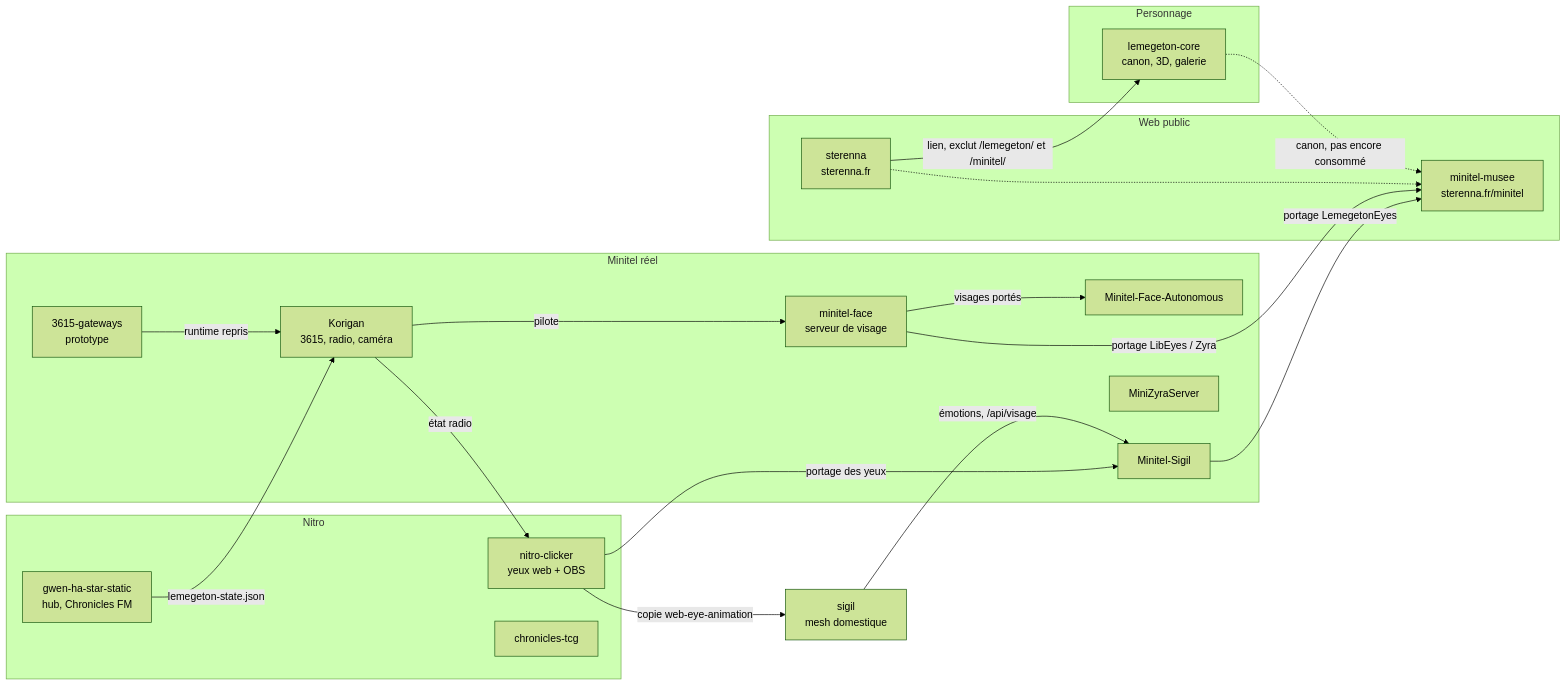
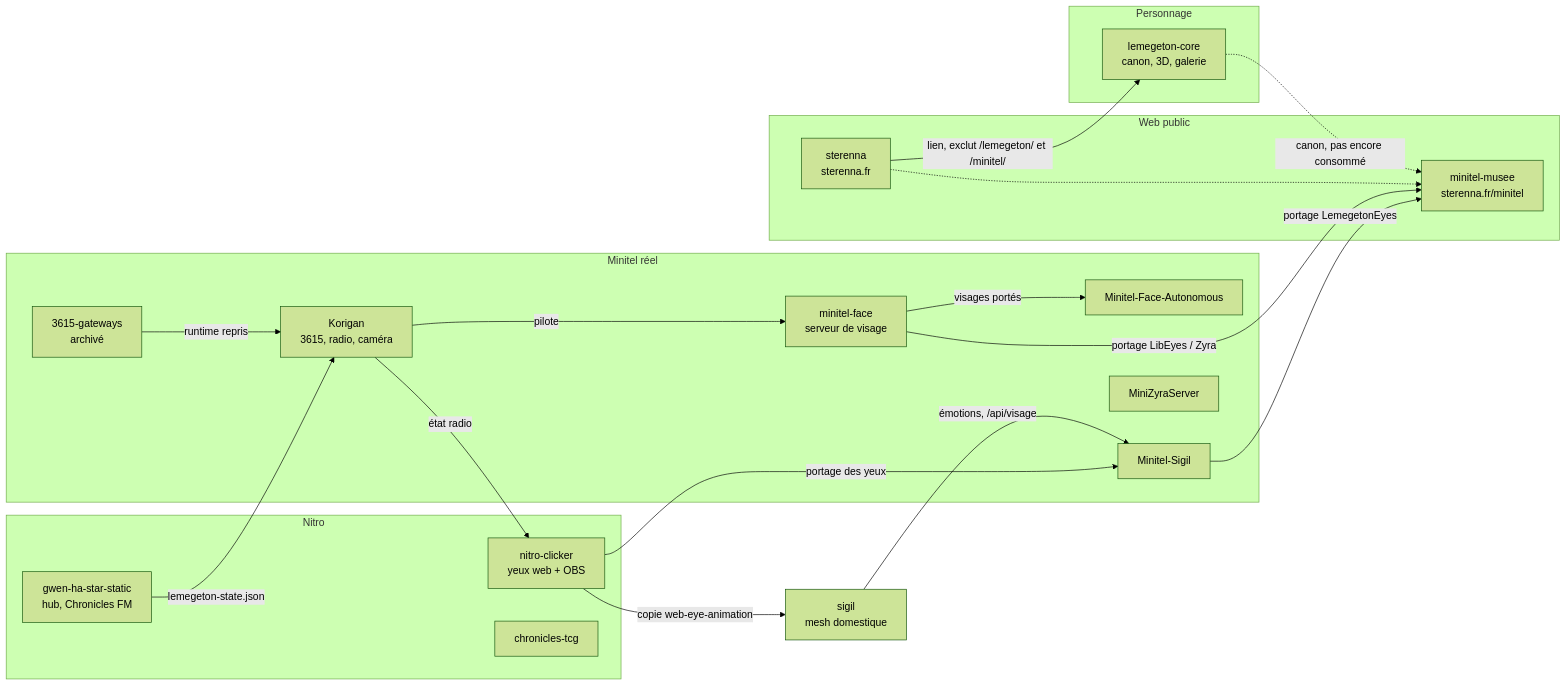
The diagram in 08_AUDIT/AUDIT_ECOSYSTEME_2026-10-14.md (Sterenna-studio/lemegeton), drawn with Mermaid (forest theme) before and after one commit. The commit also changed other lines of this file and 1 other file, not shown here.

First line of the commit message:
docs: suivi de l'audit (clones à jour, 3615-gateways archivé)

````diff
--- a/08_AUDIT/AUDIT_ECOSYSTEME_2026-10-14.md
+++ b/08_AUDIT/AUDIT_ECOSYSTEME_2026-10-14.md
@@ -15,38 +15,38 @@
 ```mermaid
 flowchart LR
   subgraph Personnage
     CORE[lemegeton-core<br/>canon, 3D, galerie]
   end
   subgraph Web public
     MUSEE[minitel-musee<br/>sterenna.fr/minitel]
     STER[sterenna<br/>sterenna.fr]
   end
   subgraph Nitro
     CLICK[nitro-clicker<br/>yeux web + OBS]
     GWEN[gwen-ha-star-static<br/>hub, Chronicles FM]
     TCG[chronicles-tcg]
   end
   subgraph Minitel réel
     FACE[minitel-face<br/>serveur de visage]
     AUTO[Minitel-Face-Autonomous]
     MSIG[Minitel-Sigil]
-    GW[3615-gateways<br/>prototype]
+    GW[3615-gateways<br/>archivé]
     KOR[Korigan<br/>3615, radio, caméra]
     MZ[MiniZyraServer]
   end
   SIGIL[sigil<br/>mesh domestique]
 
   CLICK -- copie web-eye-animation --> SIGIL
   CLICK -- portage des yeux --> MSIG
   MSIG -- portage LemegetonEyes --> MUSEE
   FACE -- portage LibEyes / Zyra --> MUSEE
   FACE -- visages portés --> AUTO
   GW -- runtime repris --> KOR
   KOR -- pilote --> FACE
   SIGIL -- émotions, /api/visage --> MSIG
   GWEN -- lemegeton-state.json --> KOR
   KOR -- état radio --> CLICK
   STER -- lien, exclut /lemegeton/ et /minitel/ --> CORE
   STER -.-> MUSEE
   CORE -. canon, pas encore consommé .-> MUSEE
 ```
````
